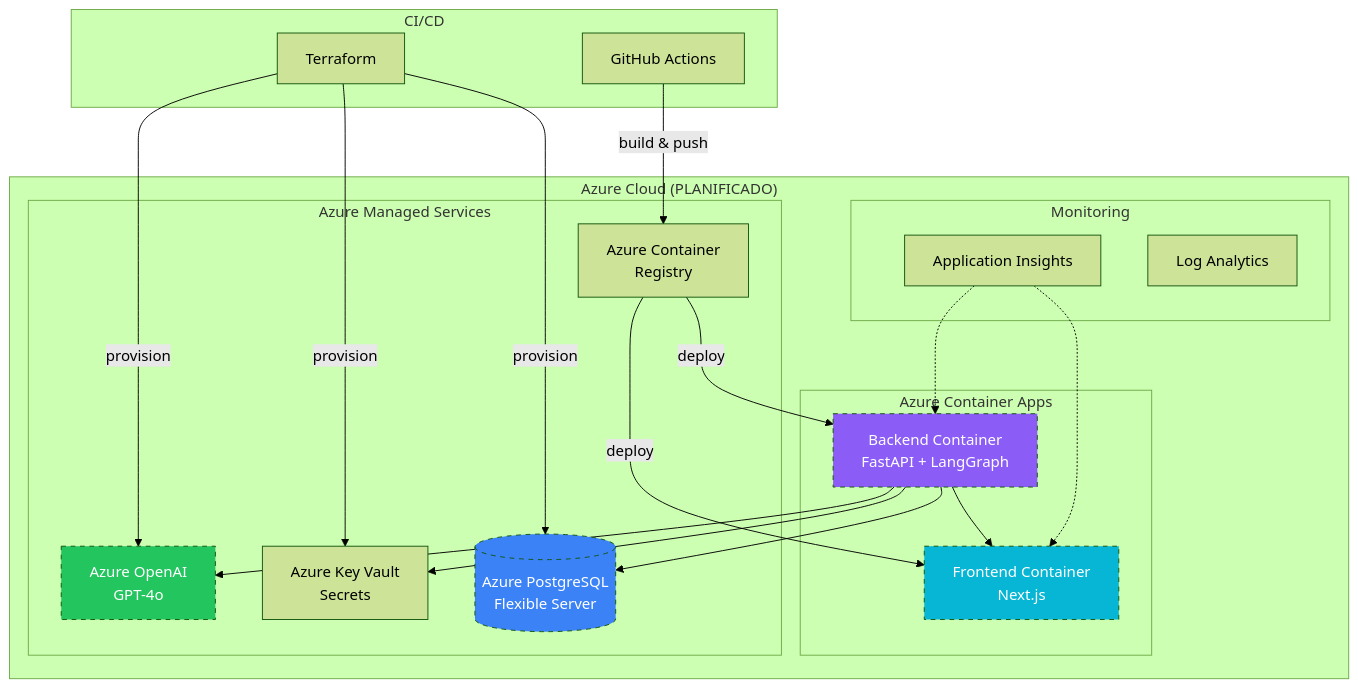
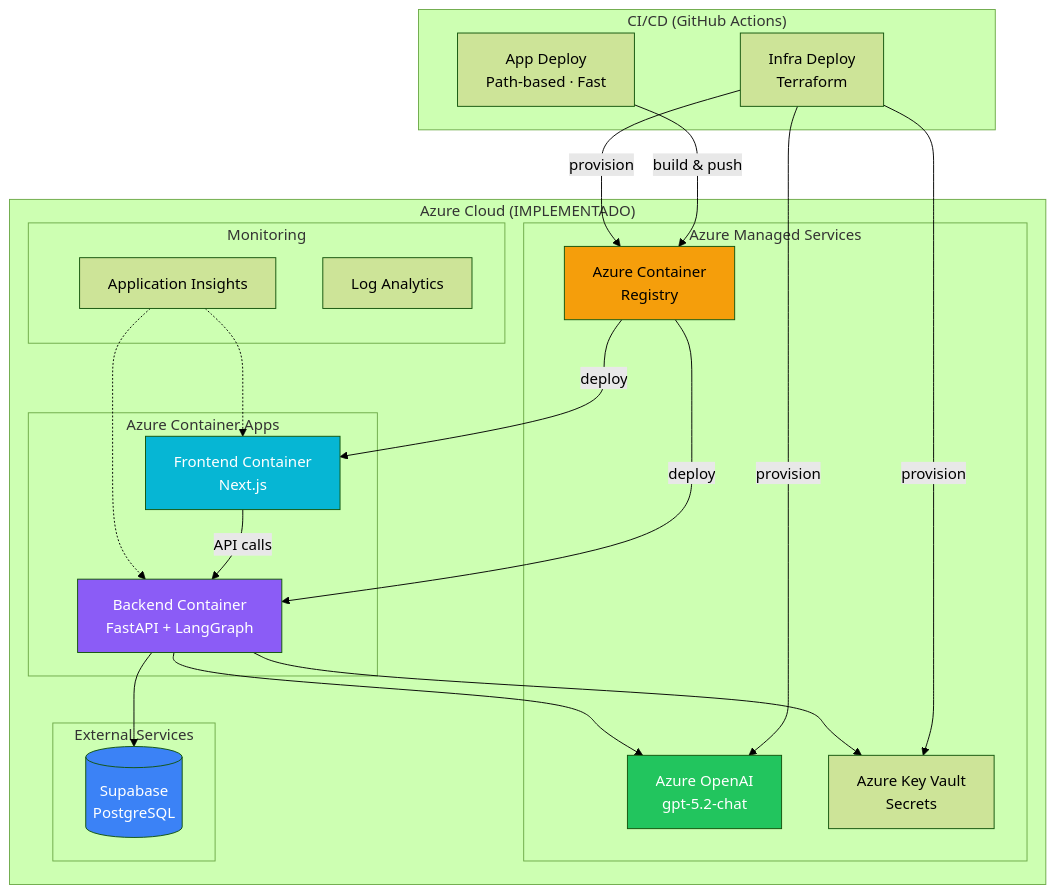
Before and after one commit to miguelsff/fraud-detection-multi-agent-system: diagram 11 of 11 in .claude/docs/arquitectura-sistema.md, drawn with Mermaid (forest theme). The commit also changed other lines of this file and 2 other files, not shown here.

First line of the commit message:
docs: update README, CLAUDE.md, and architecture doc to reflect current state

````diff
--- a/.claude/docs/arquitectura-sistema.md
+++ b/.claude/docs/arquitectura-sistema.md
@@ -1271,40 +1271,44 @@
 ```mermaid
 graph TB
-    subgraph "Azure Cloud (PLANIFICADO)"
+    subgraph "Azure Cloud (IMPLEMENTADO)"
         subgraph "Azure Container Apps"
             BE[Backend Container<br/>FastAPI + LangGraph]
             FE[Frontend Container<br/>Next.js]
         end
 
         subgraph "Azure Managed Services"
-            AOAI[Azure OpenAI<br/>GPT-4o]
+            AOAI[Azure OpenAI<br/>gpt-5.2-chat]
             KV[Azure Key Vault<br/>Secrets]
-            PG[(Azure PostgreSQL<br/>Flexible Server)]
             ACR[Azure Container<br/>Registry]
+        end
+
+        subgraph "External Services"
+            SUPA[(Supabase<br/>PostgreSQL)]
         end
 
         subgraph "Monitoring"
             AI[Application Insights]
             LA[Log Analytics]
         end
     end
 
-    subgraph "CI/CD"
-        GH[GitHub Actions]
-        TF[Terraform]
+    subgraph "CI/CD (GitHub Actions)"
+        GH_APP[App Deploy<br/>Path-based · Fast]
+        GH_INFRA[Infra Deploy<br/>Terraform]
     end
 
-    GH -->|build & push| ACR
+    GH_APP -->|build & push| ACR
     ACR -->|deploy| BE & FE
-    TF -->|provision| AOAI & KV & PG
+    GH_INFRA -->|provision| AOAI & KV & ACR
     BE --> AOAI
     BE --> KV
-    BE --> PG
-    BE --> FE
+    BE --> SUPA
+    FE -->|API calls| BE
     AI -.-> BE & FE
 
-    style BE fill:#8b5cf6,color:#fff,stroke-dasharray: 5 5
-    style FE fill:#06b6d4,color:#fff,stroke-dasharray: 5 5
-    style AOAI fill:#22c55e,color:#fff,stroke-dasharray: 5 5
-    style PG fill:#3b82f6,color:#fff,stroke-dasharray: 5 5
+    style BE fill:#8b5cf6,color:#fff
+    style FE fill:#06b6d4,color:#fff
+    style AOAI fill:#22c55e,color:#fff
+    style SUPA fill:#3b82f6,color:#fff
+    style ACR fill:#f59e0b,color:#000
 ```
````
